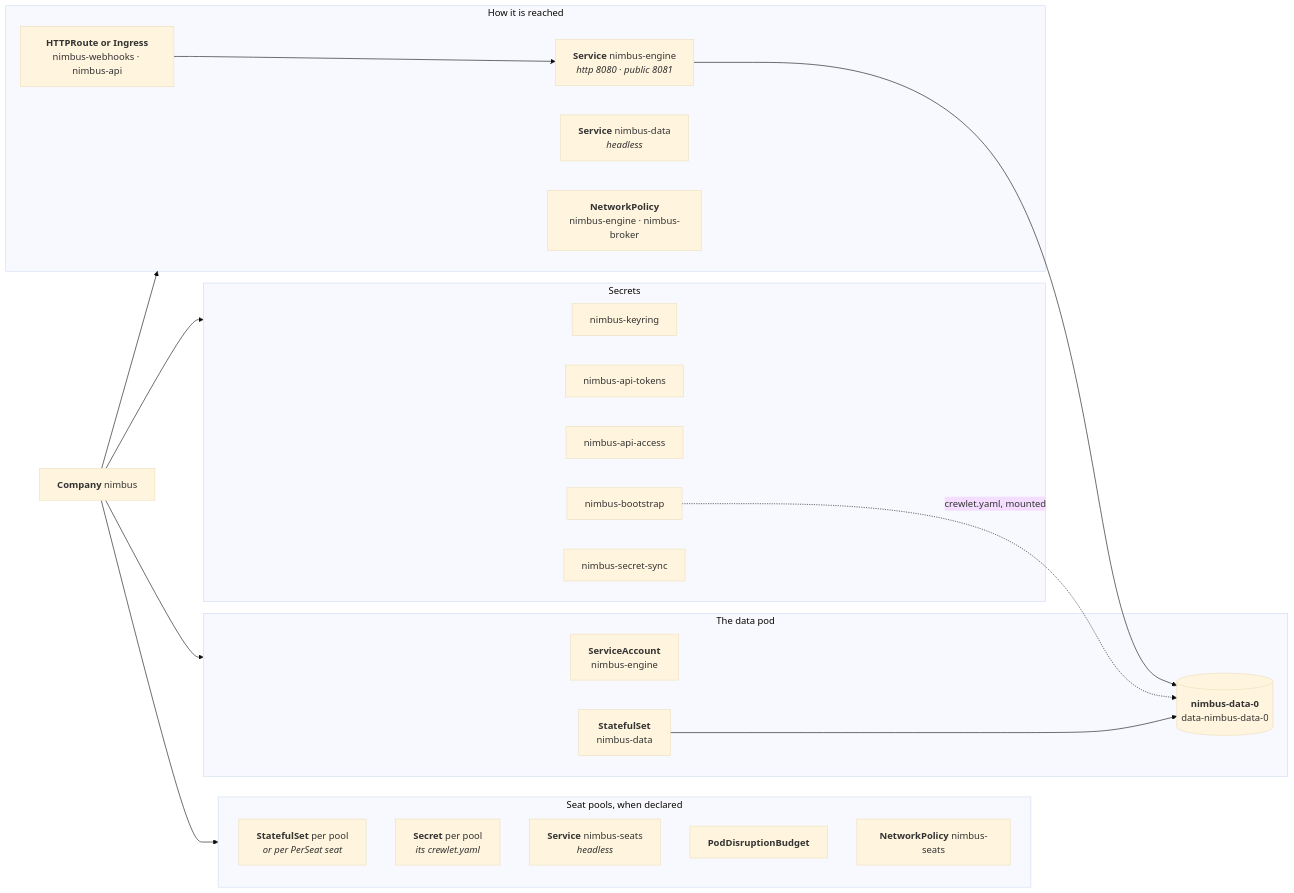
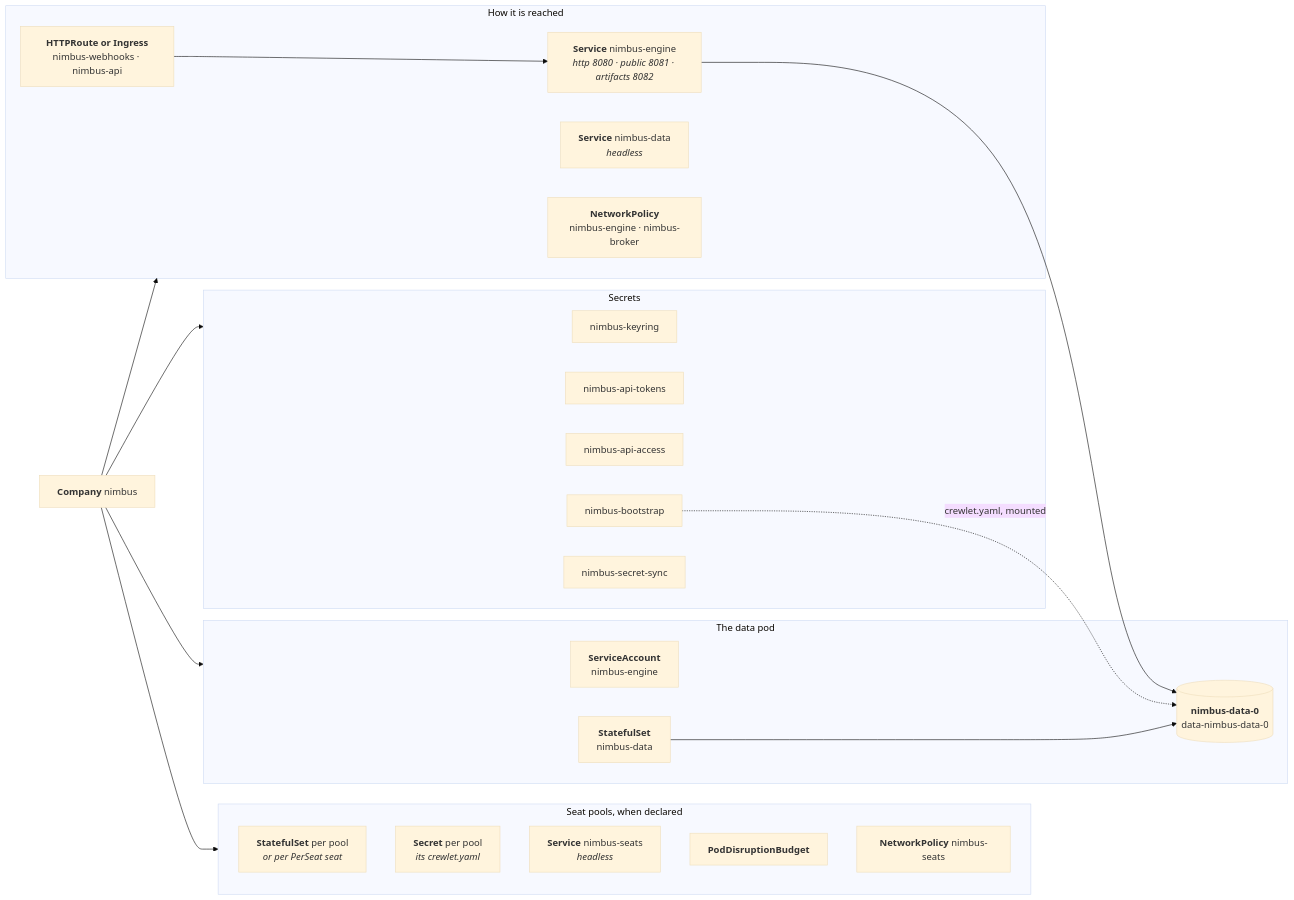
The first of 2 diagrams in docs/concepts/runtime.md (crewlet/crewlet-operator), drawn with Mermaid (base theme) before and after one commit. The commit also changed other lines of this file and 14 other files, not shown here.

````diff
--- a/docs/concepts/runtime.md
+++ b/docs/concepts/runtime.md
@@ -26,36 +26,36 @@
 ```mermaid
 flowchart LR
     C["<b>Company</b> nimbus"]
     subgraph sec["Secrets"]
         KR["nimbus-keyring"]
         TOK["nimbus-api-tokens"]
         ACC["nimbus-api-access"]
         BS["nimbus-bootstrap"]
         SYNC["nimbus-secret-sync"]
     end
     subgraph data["The data pod"]
         SA["<b>ServiceAccount</b><br/>nimbus-engine"]
         STS["<b>StatefulSet</b><br/>nimbus-data"]
         POD[("<b>nimbus-data-0</b><br/>data-nimbus-data-0")]
     end
     subgraph reach["How it is reached"]
-        SVC["<b>Service</b> nimbus-engine<br/><i>http 8080 · public 8081</i>"]
+        SVC["<b>Service</b> nimbus-engine<br/><i>http 8080 · public 8081 · artifacts 8082</i>"]
         HL["<b>Service</b> nimbus-data<br/><i>headless</i>"]
         RT["<b>HTTPRoute or Ingress</b><br/>nimbus-webhooks · nimbus-api"]
         NP["<b>NetworkPolicy</b><br/>nimbus-engine · nimbus-broker"]
     end
     subgraph pools["Seat pools, when declared"]
         PSTS["<b>StatefulSet</b> per pool<br/><i>or per PerSeat seat</i>"]
         PBS["<b>Secret</b> per pool<br/><i>its crewlet.yaml</i>"]
         SSVC["<b>Service</b> nimbus-seats<br/><i>headless</i>"]
         PDB["<b>PodDisruptionBudget</b>"]
         SNP["<b>NetworkPolicy</b> nimbus-seats"]
     end
     C --> sec
     C --> data
     C --> reach
     C --> pools
     STS --> POD
     BS -.->|"crewlet.yaml, mounted"| POD
     RT --> SVC --> POD
 ```
````
